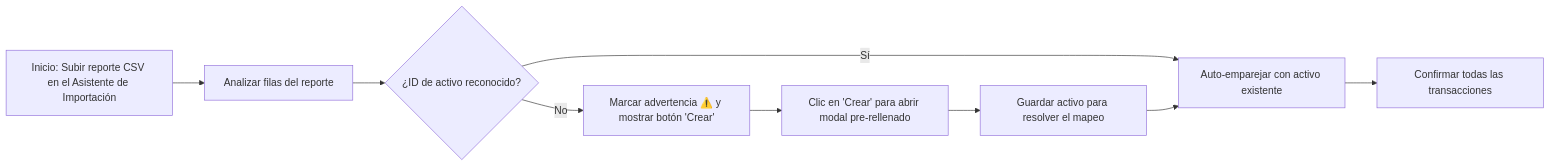
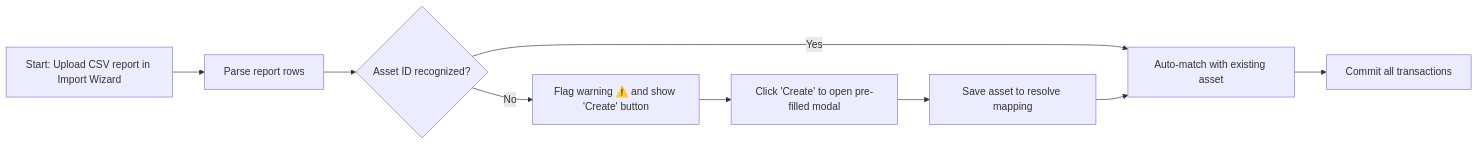
Before and after one commit to Librefolio/LibreFolio: the second of 2 diagrams in mkdocs_src/docs/user/assets/create-edit.es.md, drawn with Mermaid. The commit also changed other lines of this file and 73 other files, not shown here.

````diff
--- a/mkdocs_src/docs/user/assets/create-edit.es.md
+++ b/mkdocs_src/docs/user/assets/create-edit.es.md
@@ -28,11 +28,11 @@
-    ```mermaid
-    flowchart LR
-        A[Inicio: Subir reporte CSV en el Asistente de Importación] --> B[Analizar filas del reporte]
-        B --> C{¿ID de activo reconocido?}
-        C -->|Sí| D[Auto-emparejar con activo existente]
-        C -->|No| E[Marcar advertencia ⚠️ y mostrar botón 'Crear']
-        E --> F[Clic en 'Crear' para abrir modal pre-rellenado]
-        F --> G[Guardar activo para resolver el mapeo]
-        G --> D
-        D --> H[Confirmar todas las transacciones]
-    ```
+ ```mermaid
+ flowchart LR
+ A[Start: Upload CSV report in Import Wizard] --> B[Parse report rows]
+ B --> C{Asset ID recognized?}
+ C -->|Yes| D[Auto-match with existing asset]
+ C -->|No| E[Flag warning ⚠️ and show 'Create' button]
+ E --> F[Click 'Create' to open pre-filled modal]
+ F --> G[Save asset to resolve mapping]
+ G --> D
+ D --> H[Commit all transactions]
+ ```
````
